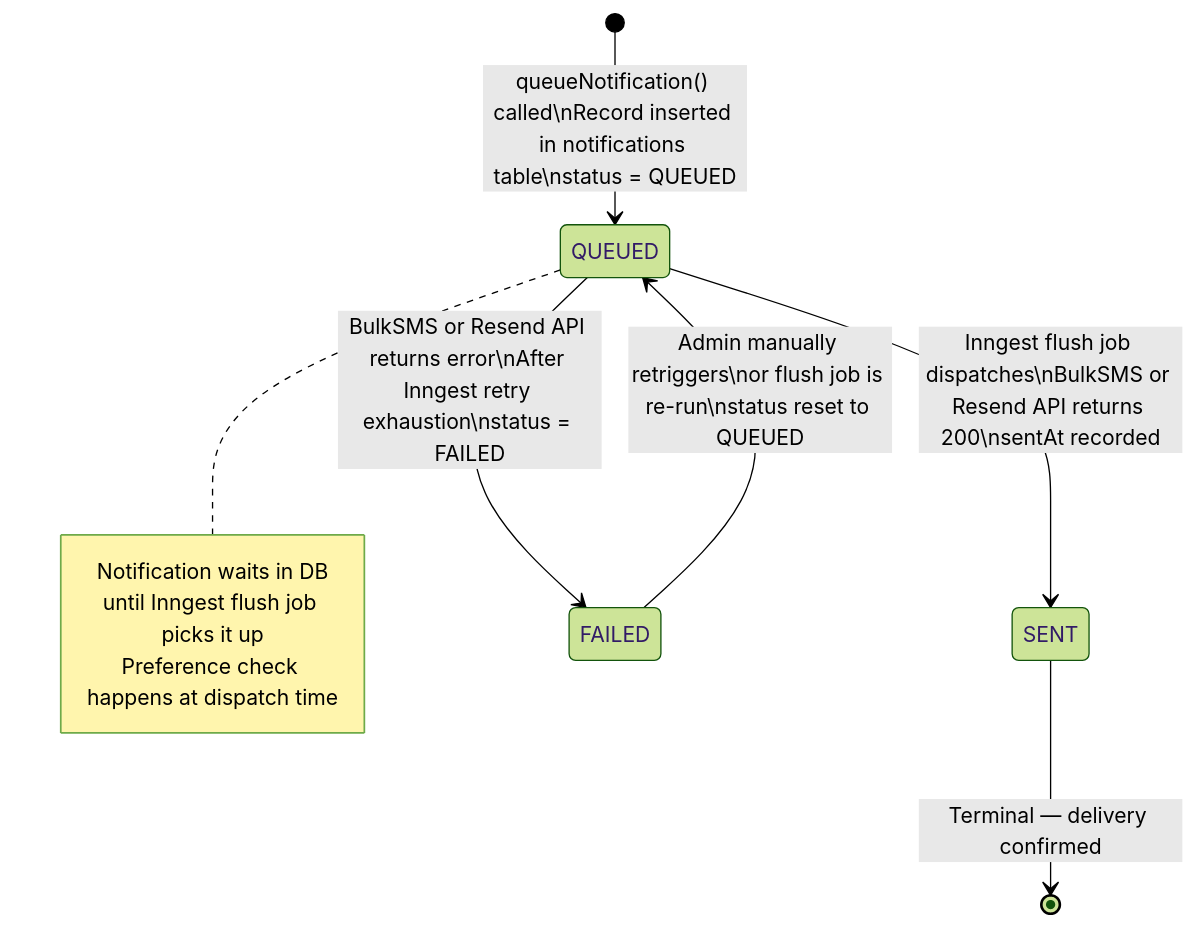
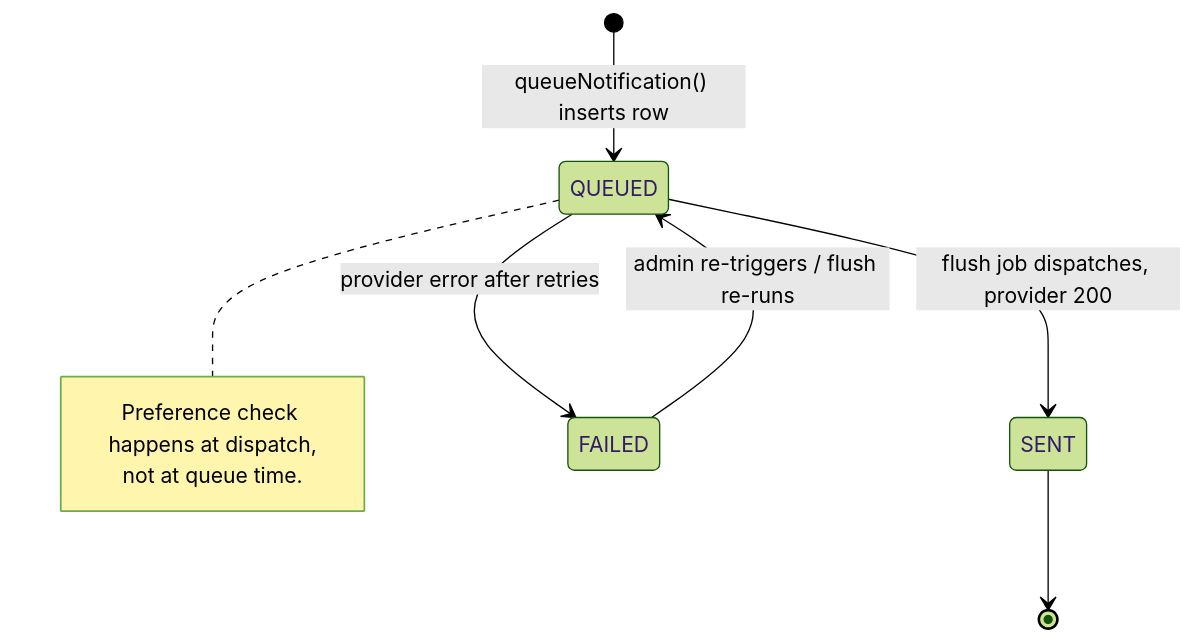
The first of 3 diagrams in docs/flows/04-notification-pipeline.md (KSDRILL-SA/Xkimi-Xa-Mali), drawn with Mermaid (forest theme) before and after one commit. The commit also changed other lines of this file and 4 other files, not shown here.

First line of the commit message:
docs: tighten flow diagrams and correct stale framing (#190)

````diff
--- a/docs/flows/04-notification-pipeline.md
+++ b/docs/flows/04-notification-pipeline.md
@@ -13,18 +11,12 @@
 ```mermaid
 stateDiagram-v2
-    [*] --> QUEUED : queueNotification() called\nRecord inserted in notifications table\nstatus = QUEUED
-
-    QUEUED --> SENT : Inngest flush job dispatches\nBulkSMS or Resend API returns 200\nsentAt recorded
-
-    QUEUED --> FAILED : BulkSMS or Resend API returns error\nAfter Inngest retry exhaustion\nstatus = FAILED
-
-    SENT --> [*] : Terminal — delivery confirmed
-
-    FAILED --> QUEUED : Admin manually retriggers\nor flush job is re-run\nstatus reset to QUEUED
-
+    [*] --> QUEUED : queueNotification() inserts row
+    QUEUED --> SENT : flush job dispatches, provider 200
+    QUEUED --> FAILED : provider error after retries
+    FAILED --> QUEUED : admin re-triggers / flush re-runs
+    SENT --> [*]
     note right of QUEUED
-        Notification waits in DB
-        until Inngest flush job picks it up
-        Preference check happens at dispatch time
+        Preference check happens at dispatch,
+        not at queue time.
     end note
 ```
````
